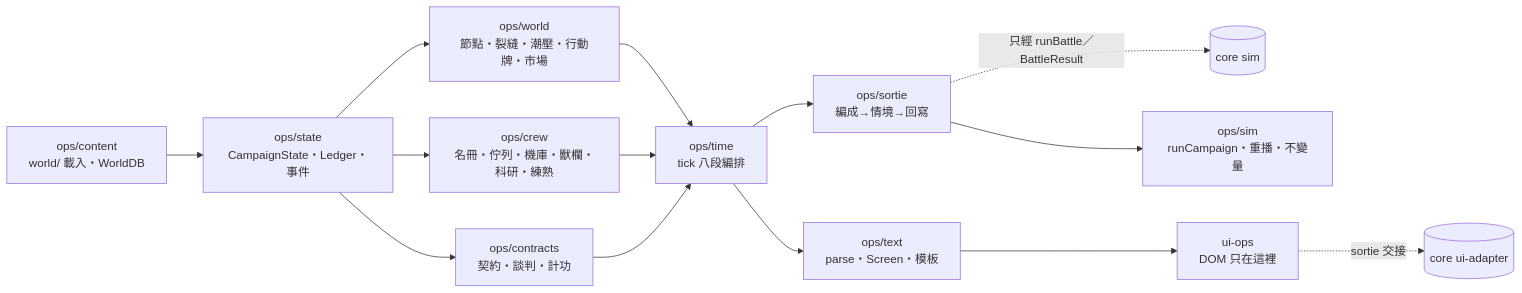
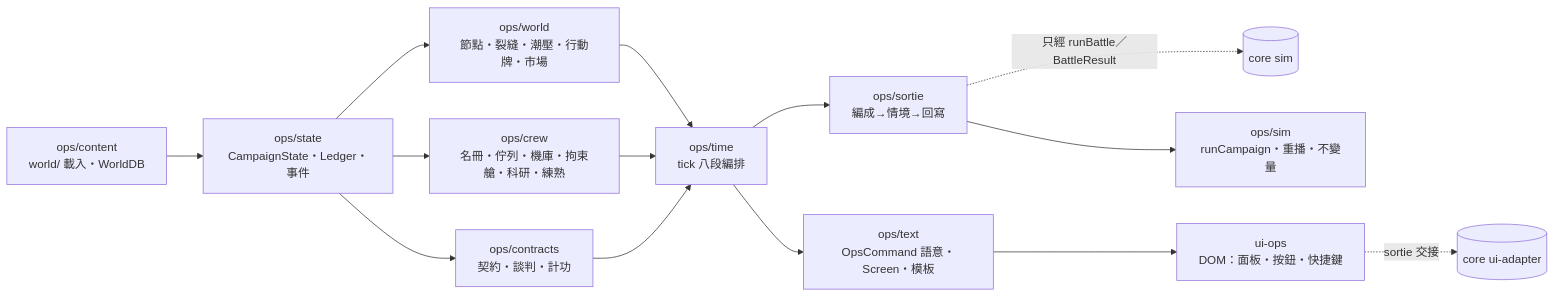
Before and after one commit to justty32/mecha-srpg: the diagram in wf/workflows/planning/specs/ops/README.md, drawn with Mermaid. The commit also changed other lines of this file and 29 other files, not shown here.

````diff
--- a/wf/workflows/planning/specs/ops/README.md
+++ b/wf/workflows/planning/specs/ops/README.md
@@ -19,16 +19,16 @@
 ```mermaid
 flowchart LR
   wcontent[ops/content<br/>world/ 載入・WorldDB] --> state[ops/state<br/>CampaignState・Ledger・事件]
   state --> world[ops/world<br/>節點・裂縫・潮壓・行動牌・市場]
-  state --> crew[ops/crew<br/>名冊・佇列・機庫・獸欄・科研・練熟]
+  state --> crew[ops/crew<br/>名冊・佇列・機庫・拘束艙・科研・練熟]
   state --> contracts[ops/contracts<br/>契約・談判・計功]
   world --> time[ops/time<br/>tick 八段編排]
   crew --> time
   contracts --> time
   time --> sortie[ops/sortie<br/>編成→情境→回寫]
   sortie -. 只經 runBattle／BattleResult .-> sim[(core sim)]
-  time --> text[ops/text<br/>parse・Screen・模板]
+  time --> text[ops/text<br/>OpsCommand 語意・Screen・模板]
   sortie --> osim[ops/sim<br/>runCampaign・重播・不變量]
-  text --> uiops[ui-ops<br/>DOM 只在這裡]
+  text --> uiops[ui-ops<br/>DOM：面板・按鈕・快捷鍵]
   uiops -. sortie 交接 .-> uiadapter[(core ui-adapter)]
 ```
````
